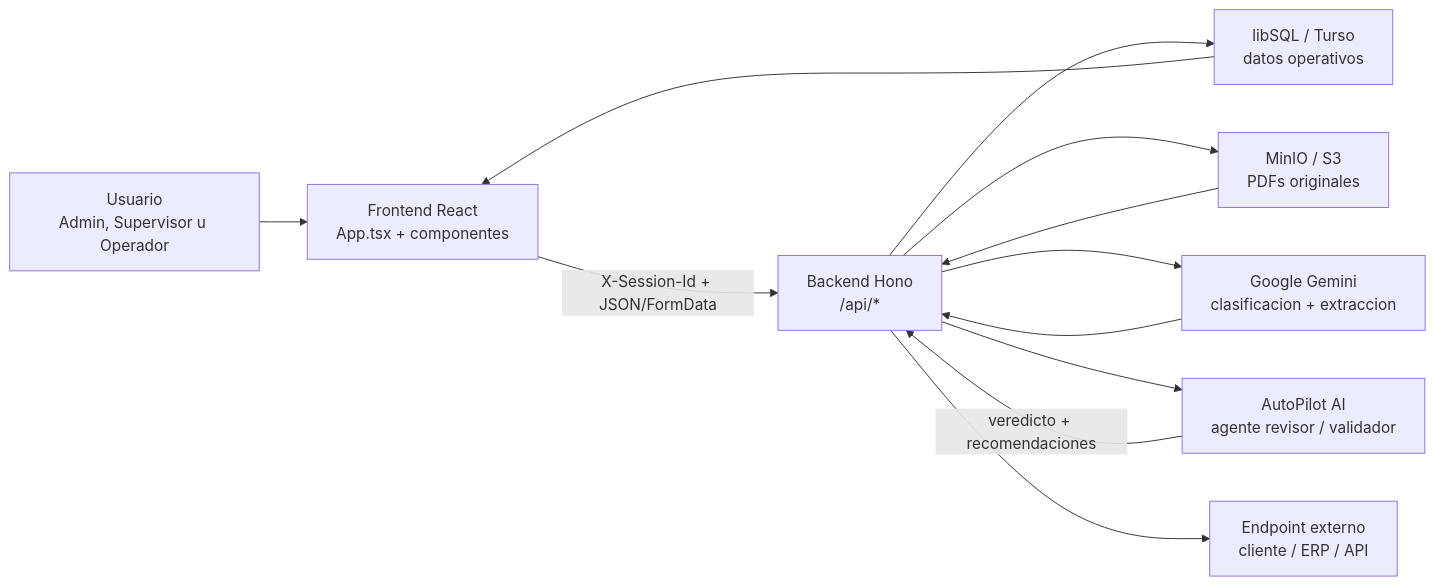
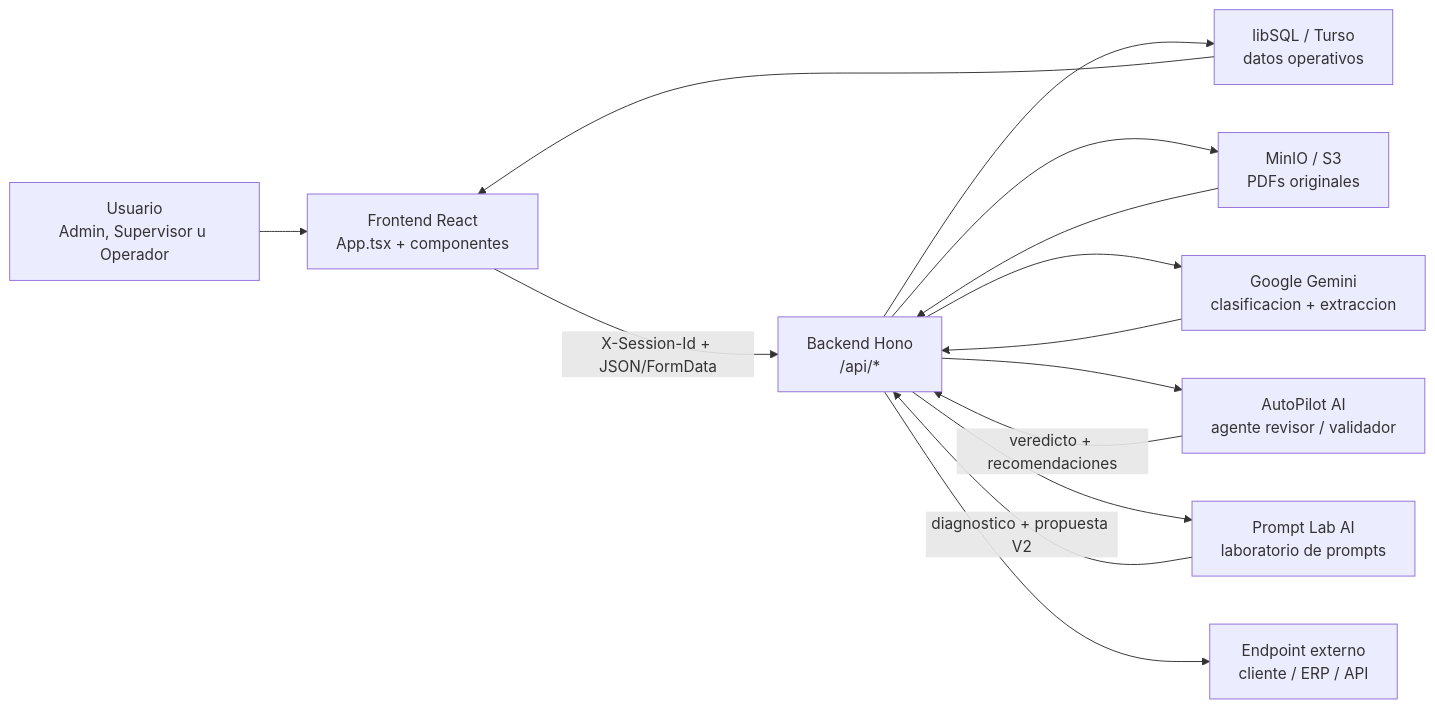
The first of 8 diagrams in docs/ProcessFlowArchitecture.md (hmartinezc/smartlogistics_ai), drawn with Mermaid before and after one commit. The commit also changed other lines of this file and 45 other files, not shown here.

Commit message:
feat: add prompt lab diagnostics

````diff
--- a/docs/ProcessFlowArchitecture.md
+++ b/docs/ProcessFlowArchitecture.md
@@ -9,23 +9,26 @@
 ```mermaid
 flowchart LR
   usuario["Usuario<br/>Admin, Supervisor u Operador"]
   frontend["Frontend React<br/>App.tsx + componentes"]
   api["Backend Hono<br/>/api/*"]
   db["libSQL / Turso<br/>datos operativos"]
   minio["MinIO / S3<br/>PDFs originales"]
   gemini["Google Gemini<br/>clasificacion + extraccion"]
   autopilot["AutoPilot AI<br/>agente revisor / validador"]
+  promptlab["Prompt Lab AI<br/>laboratorio de prompts"]
   integracion["Endpoint externo<br/>cliente / ERP / API"]
 
   usuario --> frontend
   frontend -->|"X-Session-Id + JSON/FormData"| api
   api --> db
   api --> minio
   api --> gemini
   api --> autopilot
+  api --> promptlab
   api --> integracion
   gemini --> api
   autopilot -->|"veredicto + recomendaciones"| api
+  promptlab -->|"diagnostico + propuesta V2"| api
   minio --> api
   db --> frontend
 ```
````
